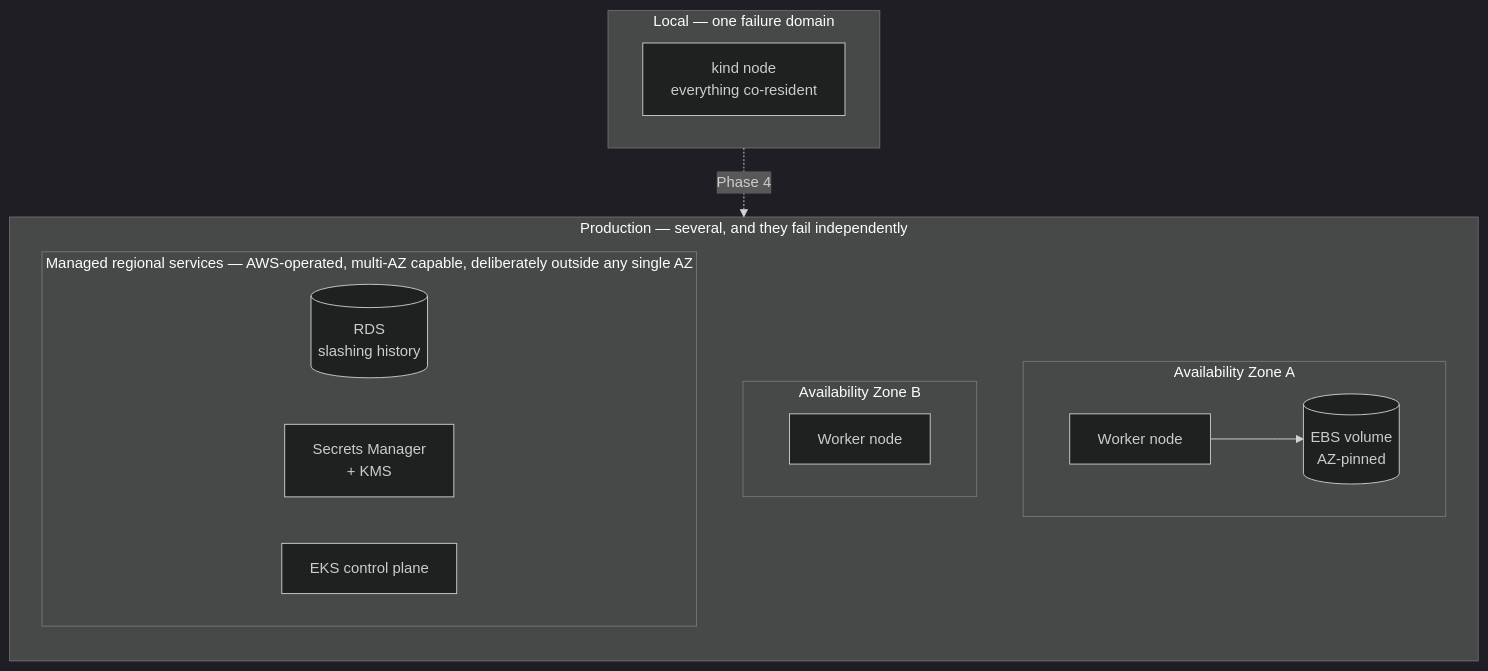
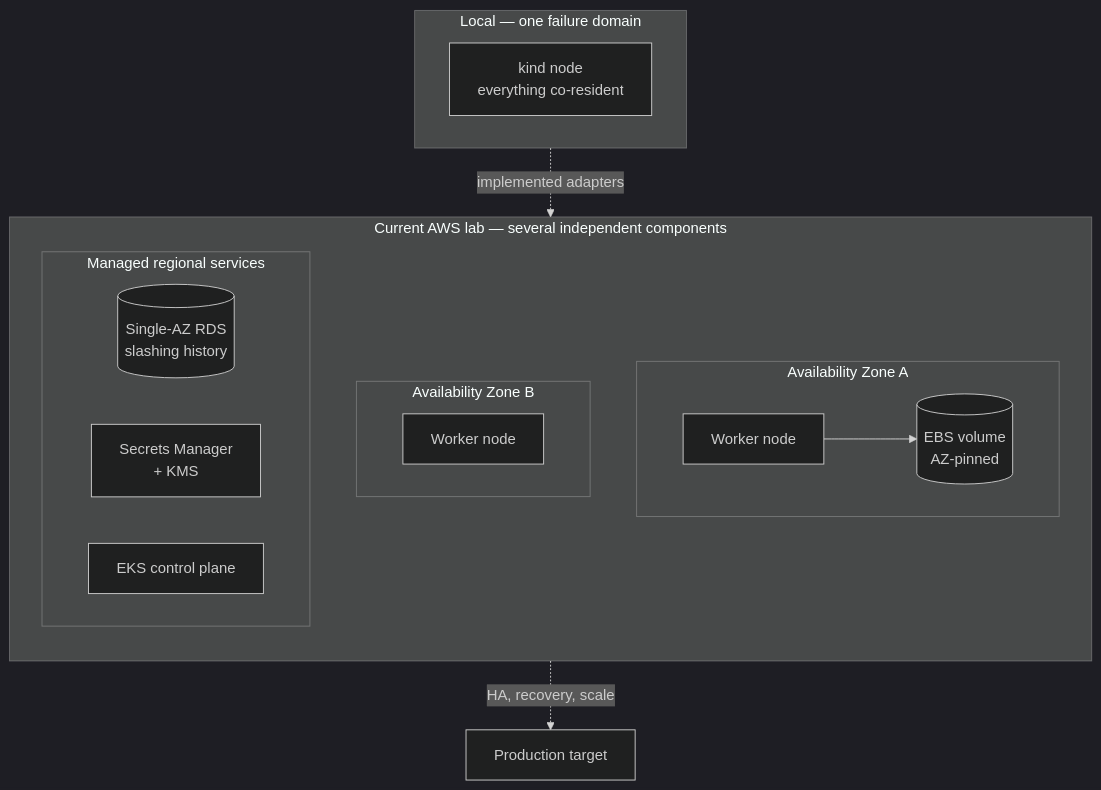
Before and after one commit to j2d3/eth-validator-platform: the diagram in docs/production-evolution.md, drawn with Mermaid (dark theme). The commit also changed other lines of this file and 9 other files, not shown here.

````diff
--- a/docs/production-evolution.md
+++ b/docs/production-evolution.md
@@ -35,23 +46,24 @@
 ```mermaid
 flowchart TB
     subgraph LOCAL["Local — one failure domain"]
         L["kind node<br/>everything co-resident"]
     end
 
-    subgraph PROD["Production — several, and they fail independently"]
+    subgraph LAB["Current AWS lab — several independent components"]
         direction TB
         subgraph AZA["Availability Zone A"]
             NA["Worker node"] --> EA[("EBS volume<br/>AZ-pinned")]
         end
         subgraph AZB["Availability Zone B"]
             NB["Worker node"]
         end
-        subgraph MANAGED["Managed regional services — AWS-operated, multi-AZ capable, deliberately outside any single AZ"]
-            RDSP[("RDS<br/>slashing history")]
+        subgraph MANAGED["Managed regional services"]
+            RDSP[("Single-AZ RDS<br/>slashing history")]
             SM["Secrets Manager<br/>+ KMS"]
             CP["EKS control plane"]
         end
     end
 
-    LOCAL -.->|"Phase 4"| PROD
+    LOCAL -.->|"implemented adapters"| LAB
+    LAB -.->|"HA, recovery, scale"| TARGET["Production target"]
 ```
````
